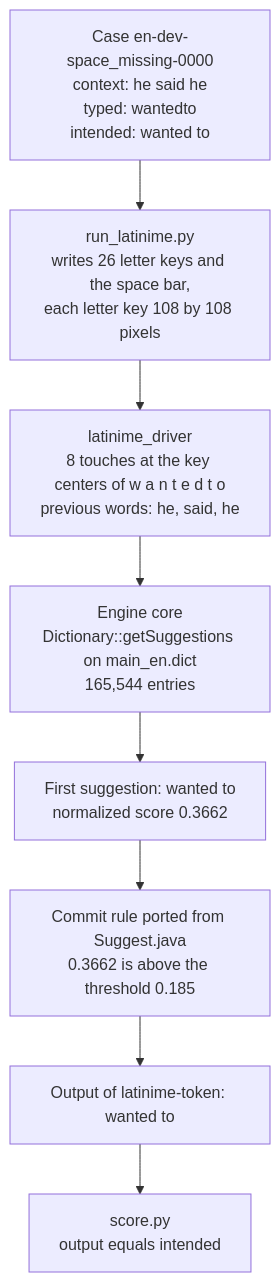
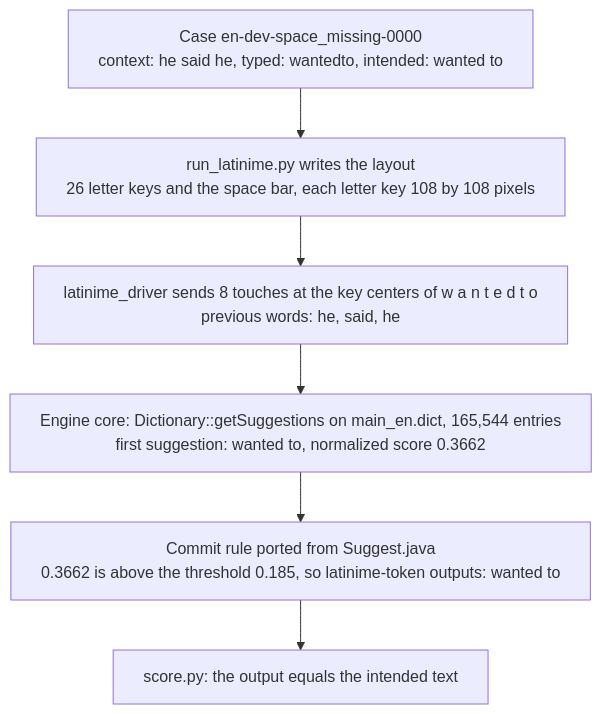
One commit to YilongJu/iphone-duo-keyboard changed the first of 3 diagrams in scripts/typing-evaluation/engines/latinime/README.md. Above: the diagram before and after it, drawn with Mermaid. The commit also changed other lines of this file, not shown here.

````diff
--- a/scripts/typing-evaluation/engines/latinime/README.md
+++ b/scripts/typing-evaluation/engines/latinime/README.md
@@ -63,12 +63,11 @@
 ```mermaid
+%%{init: {"flowchart": {"wrappingWidth": 560}}}%%
 flowchart TD
-    A["Case en-dev-space_missing-0000<br/>context: he said he<br/>typed: wantedto<br/>intended: wanted to"]
-    B["run_latinime.py<br/>writes 26 letter keys and the space bar,<br/>each letter key 108 by 108 pixels"]
-    C["latinime_driver<br/>8 touches at the key centers of w a n t e d t o<br/>previous words: he, said, he"]
-    D["Engine core<br/>Dictionary::getSuggestions on main_en.dict<br/>165,544 entries"]
-    E["First suggestion: wanted to<br/>normalized score 0.3662"]
-    F["Commit rule ported from Suggest.java<br/>0.3662 is above the threshold 0.185"]
-    G["Output of latinime-token: wanted to"]
-    H["score.py<br/>output equals intended"]
-    A --> B --> C --> D --> E --> F --> G --> H
+    A["Case en-dev-space_missing-0000<br/>context: he said he, typed: wantedto, intended: wanted to"]
+    B["run_latinime.py writes the layout<br/>26 letter keys and the space bar, each letter key 108 by 108 pixels"]
+    C["latinime_driver sends 8 touches at the key centers of w a n t e d t o<br/>previous words: he, said, he"]
+    D["Engine core: Dictionary::getSuggestions on main_en.dict, 165,544 entries<br/>first suggestion: wanted to, normalized score 0.3662"]
+    E["Commit rule ported from Suggest.java<br/>0.3662 is above the threshold 0.185, so latinime-token outputs: wanted to"]
+    F["score.py: the output equals the intended text"]
+    A --> B --> C --> D --> E --> F
 ```
````
